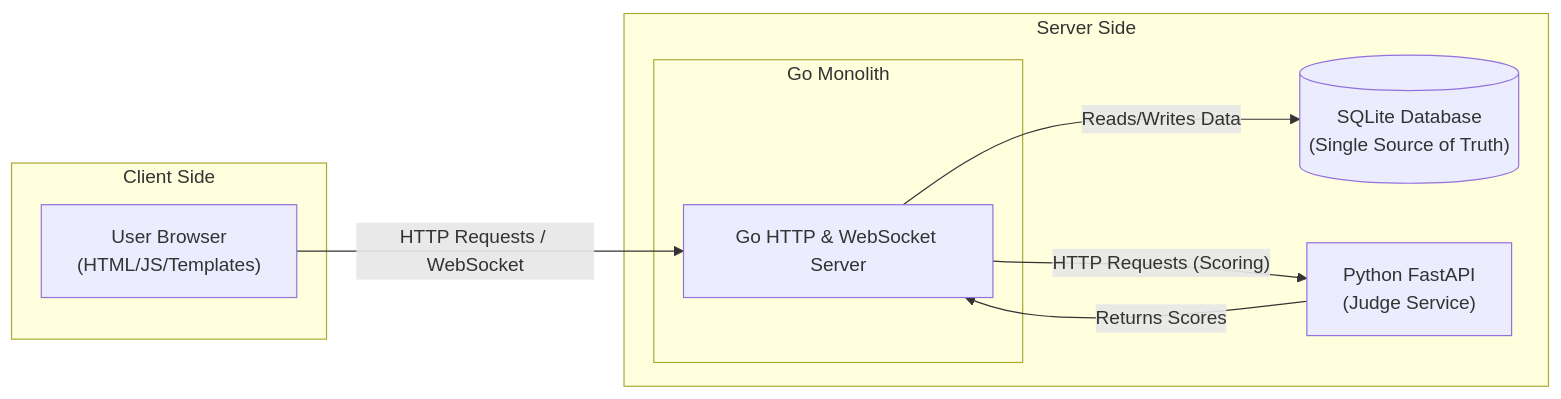
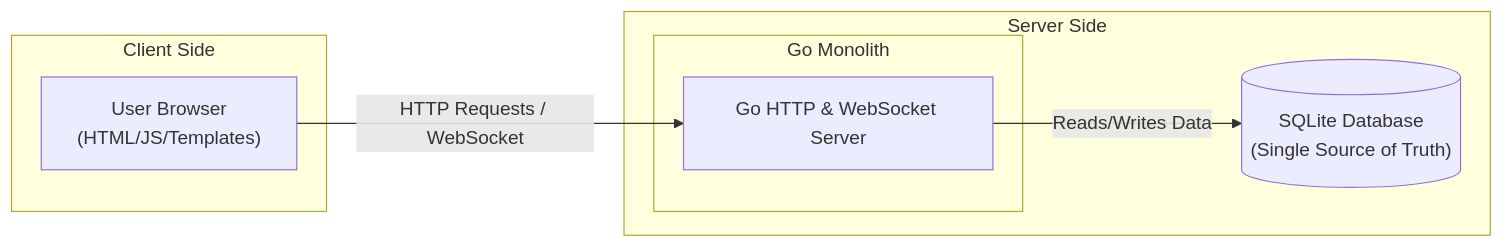
One commit to lavantien/llm-tournament changed the first of 4 diagrams in README.md. Above: the diagram before and after it, drawn with Mermaid. The commit also changed other lines of this file and 68 other files, not shown here.

````diff
--- a/README.md
+++ b/README.md
@@ -147,20 +136,17 @@
 ```mermaid
 graph LR
     subgraph Client Side
         Browser["User Browser\n(HTML/JS/Templates)"]
     end
 
     subgraph Server Side
         subgraph Go Monolith
             HTTP_WS["Go HTTP & WebSocket Server"]
         end
 
         SQLite[("SQLite Database\n(Single Source of Truth)")]
-        PythonService["Python FastAPI\n(Judge Service)"]
     end
 
     Browser -- "HTTP Requests / WebSocket" --> HTTP_WS
     HTTP_WS -- "Reads/Writes Data" --> SQLite
-    HTTP_WS -- "HTTP Requests (Scoring)" --> PythonService
-    PythonService -- "Returns Scores" --> HTTP_WS
 ```
````
